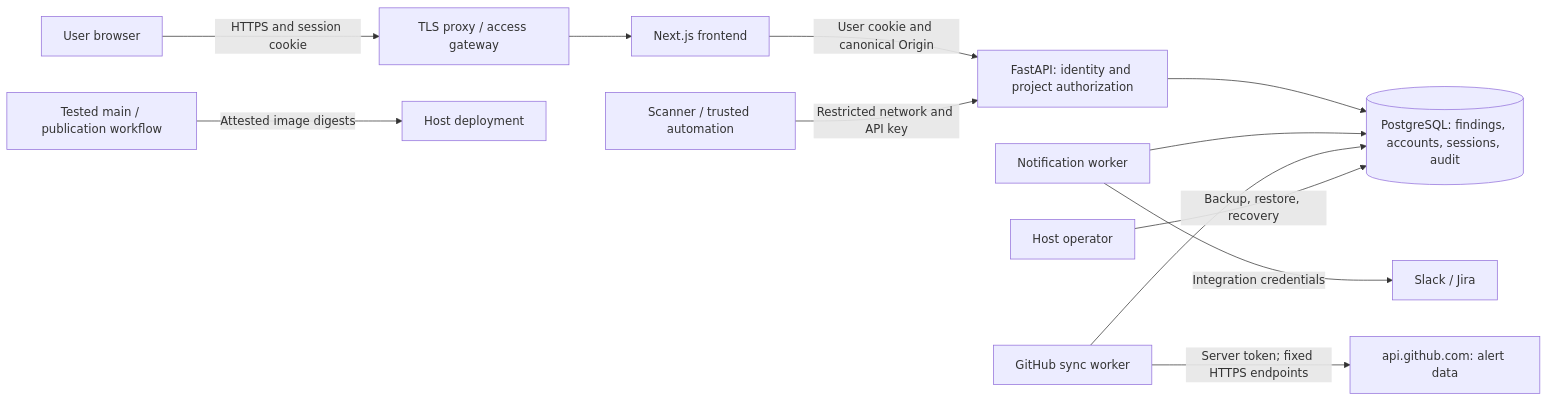
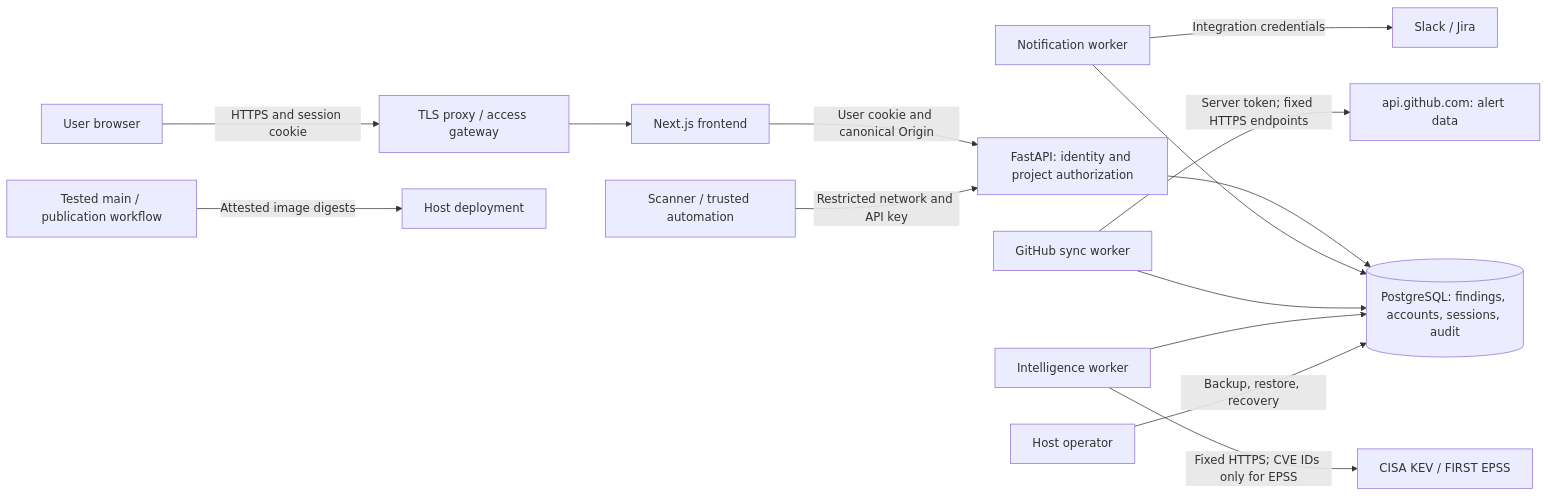
One commit to djvirus9/secops-dashboard changed the diagram in docs/threat-model.md. Above: the diagram before and after it, drawn with Mermaid. The commit also changed other lines of this file and 53 other files, not shown here.

````diff
--- a/docs/threat-model.md
+++ b/docs/threat-model.md
@@ -27,14 +29,16 @@
 ```mermaid
 flowchart LR
     browser[User browser] -->|HTTPS and session cookie| tls[TLS proxy / access gateway]
     tls --> frontend[Next.js frontend]
     frontend -->|User cookie and canonical Origin| api[FastAPI: identity and project authorization]
     scanner[Scanner / trusted automation] -->|Restricted network and API key| api
     api --> db[(PostgreSQL: findings, accounts, sessions, audit)]
     worker[Notification worker] --> db
     worker -->|Integration credentials| external[Slack / Jira]
     github[GitHub sync worker] --> db
     github -->|Server token; fixed HTTPS endpoints| cloud[api.github.com: alert data]
+    intel[Intelligence worker] --> db
+    intel -->|Fixed HTTPS; CVE IDs only for EPSS| feeds[CISA KEV / FIRST EPSS]
     release[Tested main / publication workflow] -->|Attested image digests| host[Host deployment]
     operator[Host operator] -->|Backup, restore, recovery| db
 ```
````
